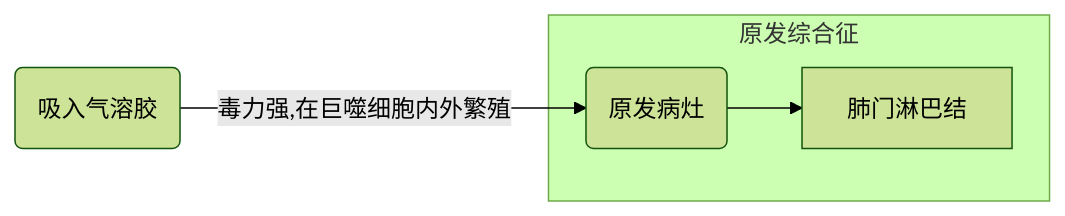
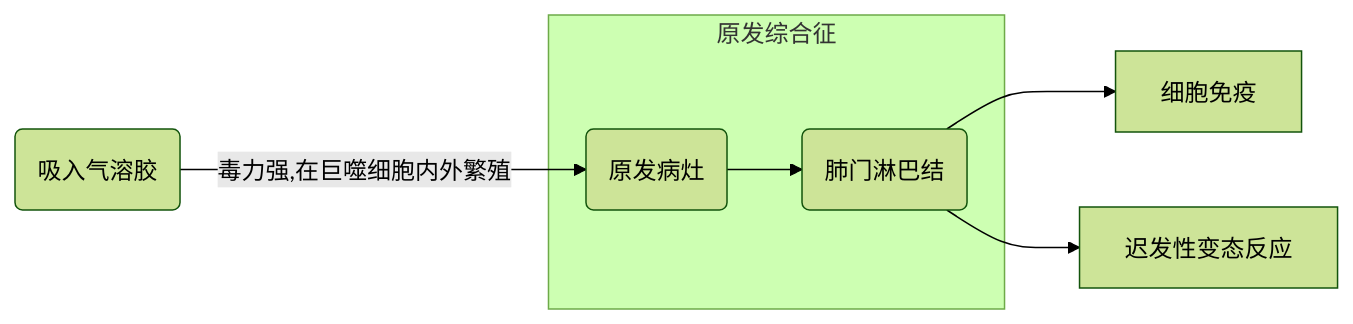
The second of 2 diagrams in 大三下/内科学.md (viket-vista/Notes), drawn with Mermaid (forest theme) before and after one commit. The commit also changed other lines of this file, not shown here.

````diff
--- a/大三下/内科学.md
+++ b/大三下/内科学.md
@@ -23,7 +23,9 @@
 ```mermaid
 graph LR
 a(吸入气溶胶) -- 毒力强,在巨噬细胞内外繁殖 --> c(原发病灶) 
 subgraph 原发综合征
-c--> 肺门淋巴结
+c--> d(肺门淋巴结)
 end
+d --> 细胞免疫
+d --> 迟发性变态反应
 ```
````
